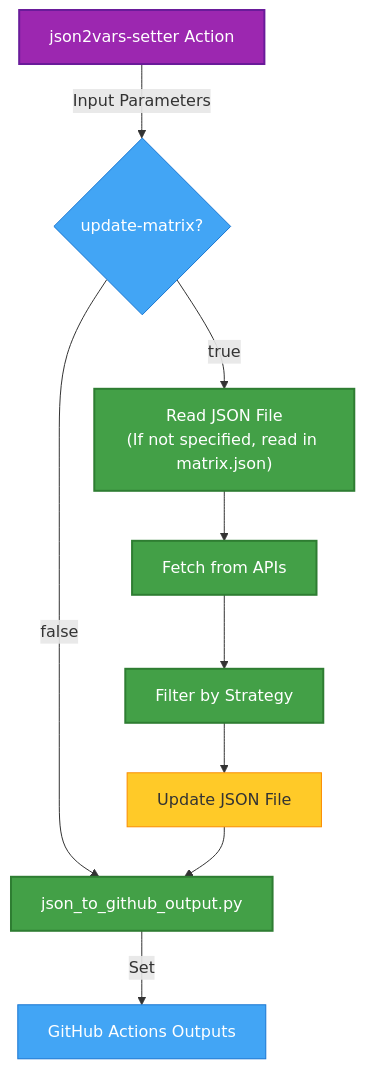
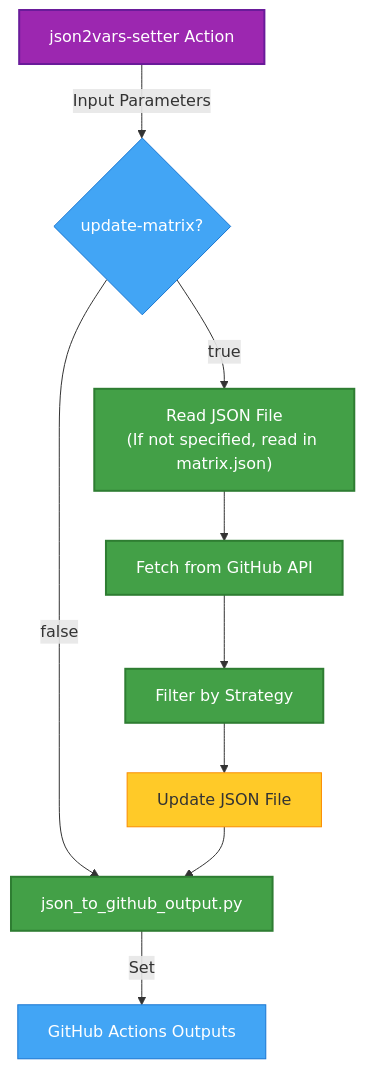
Before and after one commit to 7rikazhexde/json2vars-setter: the first of 2 diagrams in docs/features/dynamic-update.md, drawn with Mermaid. The commit also changed other lines of this file and 6 other files, not shown here.

````diff
--- a/docs/features/dynamic-update.md
+++ b/docs/features/dynamic-update.md
@@ -9,31 +9,31 @@
 ```mermaid
 graph TD
     Start[json2vars-setter Action] -->|Input Parameters| Condition{update-matrix?}
 
     %% False path - direct JSON parsing
     Condition -->|false| G[json_to_github_output.py]
 
     %% True path - update then parse
     Condition -->|true| Step1[Read JSON File<br>#40;If not specified, read in matrix.json#41;]
-    Step1 --> Step2[Fetch from APIs]
+    Step1 --> Step2[Fetch from GitHub API]
     Step2 --> Step3[Filter by Strategy]
     Step3 --> Step4[Update JSON File]
     Step4 --> G
 
     %% Common final step
     G -->|Set| H[GitHub Actions Outputs]
 
     classDef condition fill:#42a5f5,stroke:#1976d2,stroke-width:1px,color:#fff
     classDef process fill:#43a047,stroke:#2e7d32,stroke-width:2px,color:#fff
     classDef api fill:#e91e63,stroke:#c2185b,stroke-width:1px,color:#fff
     classDef json fill:#ffca28,stroke:#fb8c00,stroke-width:1px,color:#333333
     classDef output fill:#42a5f5,stroke:#1976d2,stroke-width:1px,color:#fff
     classDef start fill:#9c27b0,stroke:#6a1b9a,stroke-width:2px,color:#fff
 
     class Start start
     class Condition condition
     class Step2 api
     class Step1,Step2,Step3,G process
     class Step4 json
     class H output
 ```
````
